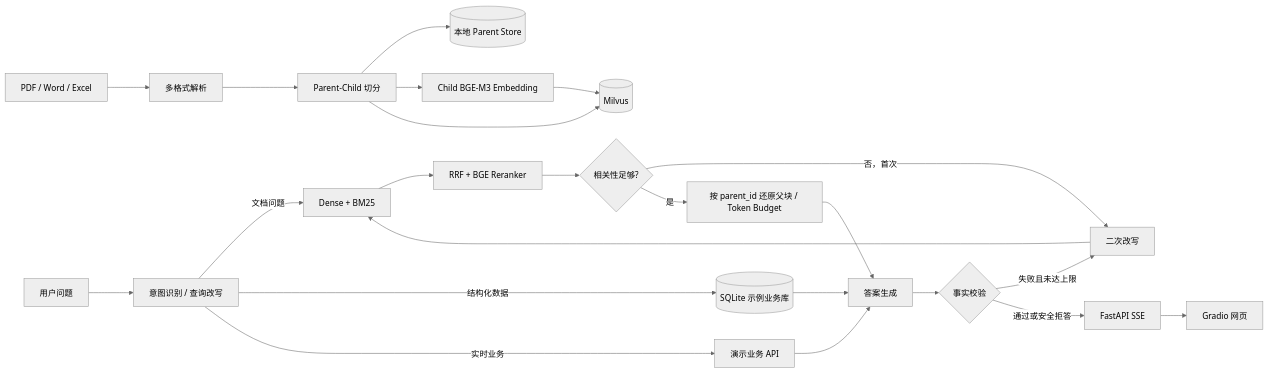
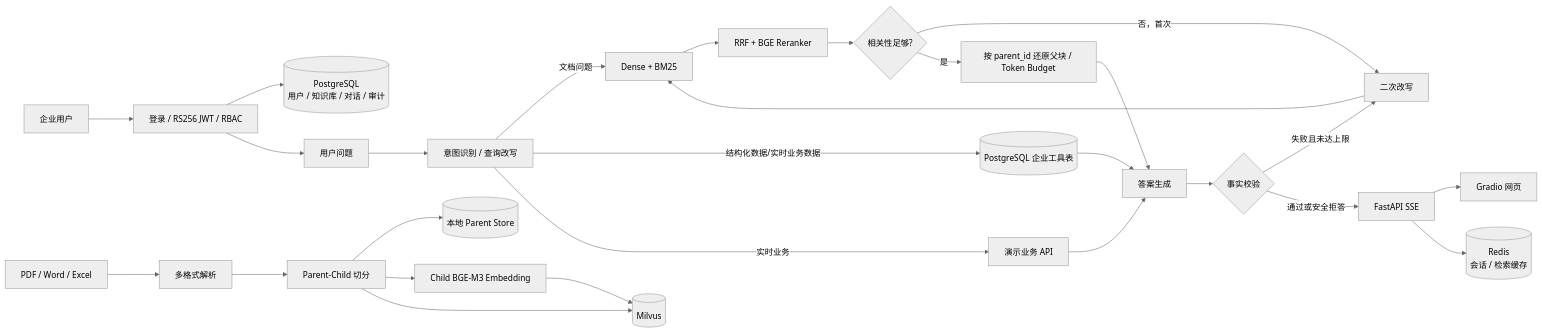
The diagram in README.md (sortn/enterprise-agentic-rag), drawn with Mermaid (neutral theme) before and after one commit. The commit also changed other lines of this file and 93 other files, not shown here.

````diff
--- a/README.md
+++ b/README.md
@@ -43,26 +48,30 @@
 ```mermaid
 flowchart LR
-    U[PDF / Word / Excel] --> P[多格式解析]
+    U[企业用户] --> AUTH[登录 / RS256 JWT / RBAC]
+    AUTH --> PG[(PostgreSQL<br/>用户 / 知识库 / 对话 / 审计)]
+    AUTH --> Q[用户问题]
+    D[PDF / Word / Excel] --> P[多格式解析]
     P --> C[Parent-Child 切分]
     C --> PS[(本地 Parent Store)]
     C --> E[Child BGE-M3 Embedding]
     E --> M[(Milvus)]
     C --> M
 
-    Q[用户问题] --> A[意图识别 / 查询改写]
+    Q --> A[意图识别 / 查询改写]
     A -->|文档问题| H[Dense + BM25]
     H --> R[RRF + BGE Reranker]
     R --> G{相关性足够?}
     G -->|否，首次| W[二次改写]
     W --> H
     G -->|是| X[按 parent_id 还原父块 / Token Budget]
     X --> L[答案生成]
-    A -->|结构化数据| S[(SQLite 示例业务库)]
+    A -->|结构化数据/实时业务数据| S[(PostgreSQL 企业工具表)]
     A -->|实时业务| B[演示业务 API]
     S --> L
     B --> L
     L --> F{事实校验}
     F -->|失败且未达上限| W
     F -->|通过或安全拒答| API[FastAPI SSE]
     API --> UI[Gradio 网页]
+    API --> REDIS[(Redis<br/>会话 / 检索缓存)]
 ```
````
